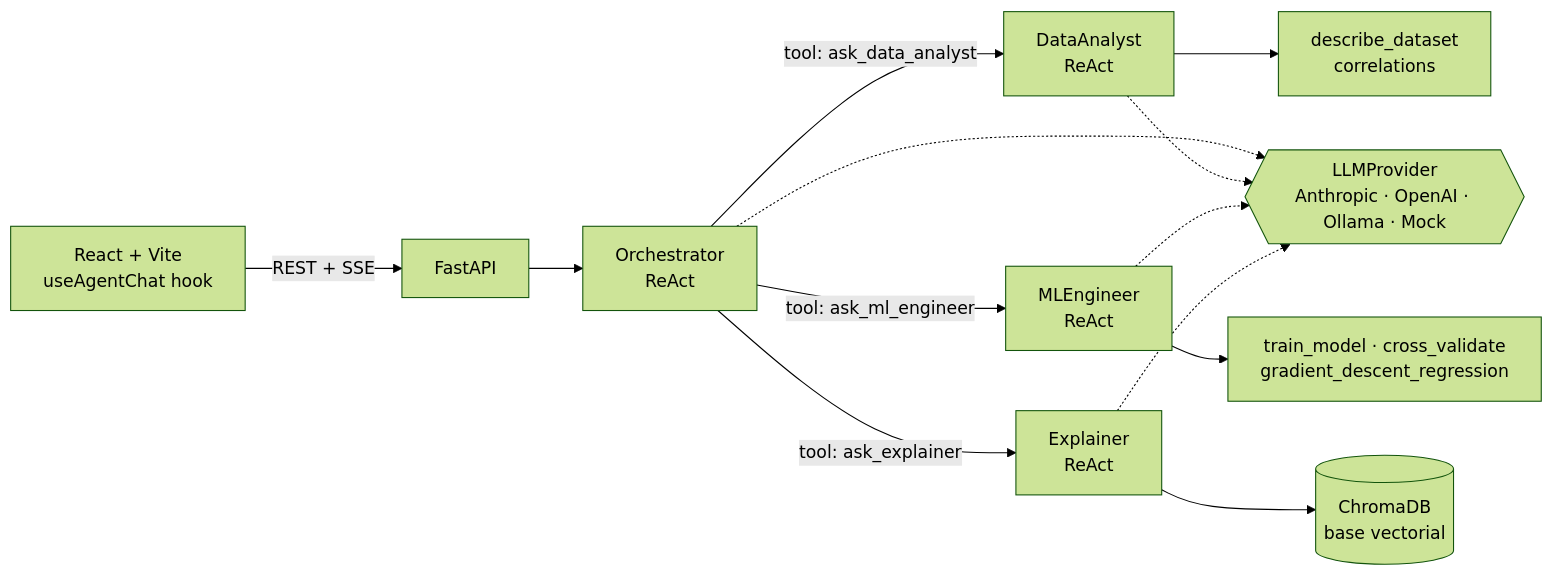
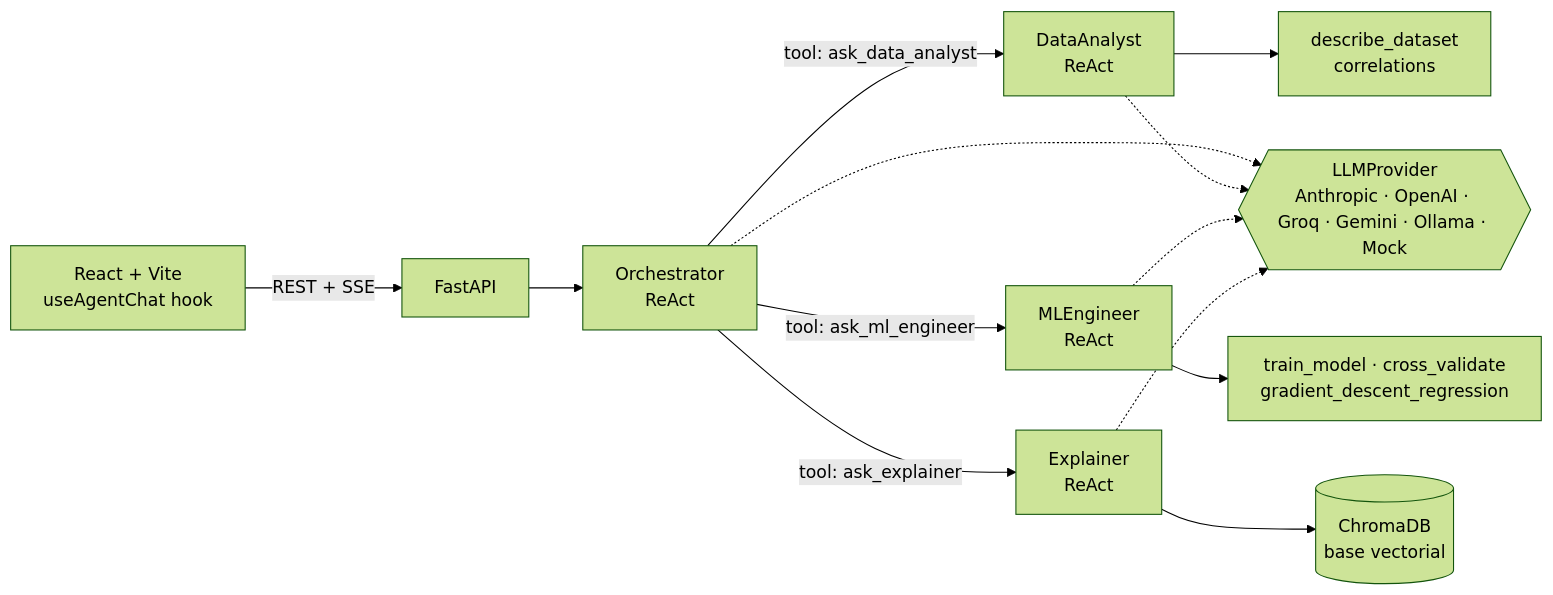
The diagram in README.md (ahiram1701/datapilot), drawn with Mermaid (forest theme) before and after one commit. The commit also changed other lines of this file and 4 other files, not shown here.

Commit message:
feat(llm): proveedores gratuitos Groq y Gemini vía endpoints compatibles con OpenAI

````diff
--- a/README.md
+++ b/README.md
@@ -12,12 +12,12 @@
 ```mermaid
 flowchart LR
     UI[React + Vite<br/>useAgentChat hook] -- REST + SSE --> API[FastAPI]
     API --> O[Orchestrator<br/>ReAct]
     O -- tool: ask_data_analyst --> DA[DataAnalyst<br/>ReAct]
     O -- tool: ask_ml_engineer --> ML[MLEngineer<br/>ReAct]
     O -- tool: ask_explainer --> EX[Explainer<br/>ReAct]
     DA --> T1[describe_dataset<br/>correlations]
     ML --> T2[train_model · cross_validate<br/>gradient_descent_regression]
     EX --> V[(ChromaDB<br/>base vectorial)]
-    O & DA & ML & EX -.-> LLM{{LLMProvider<br/>Anthropic · OpenAI · Ollama · Mock}}
+    O & DA & ML & EX -.-> LLM{{LLMProvider<br/>Anthropic · OpenAI · Groq · Gemini · Ollama · Mock}}
 ```
````
